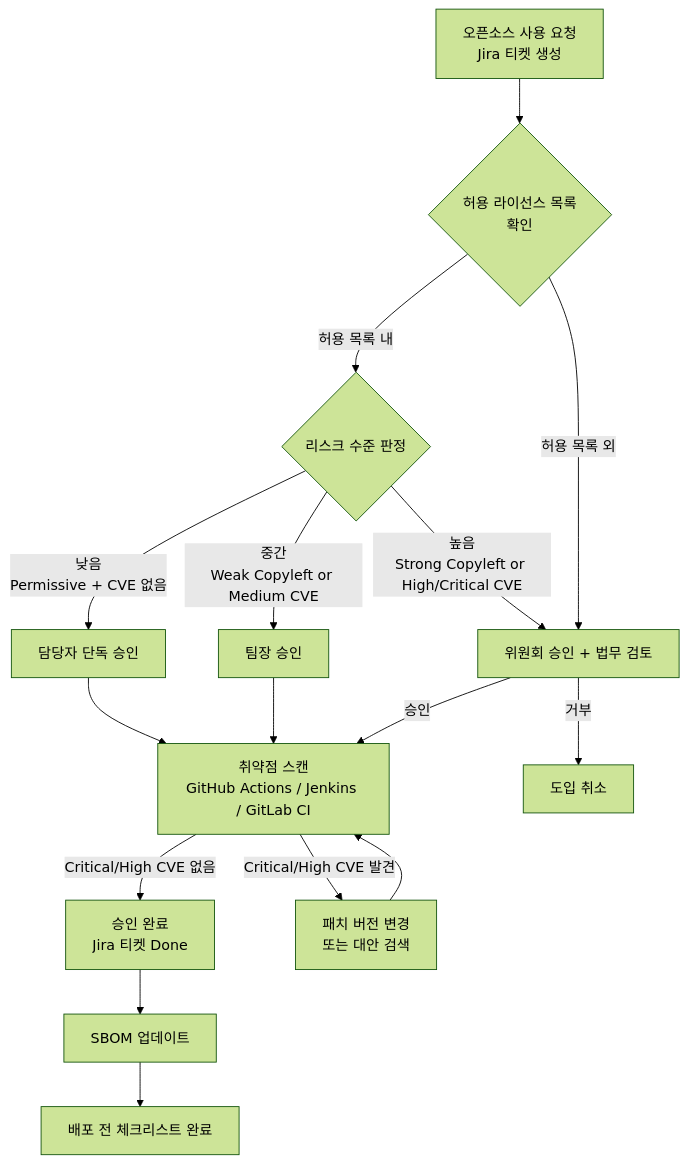
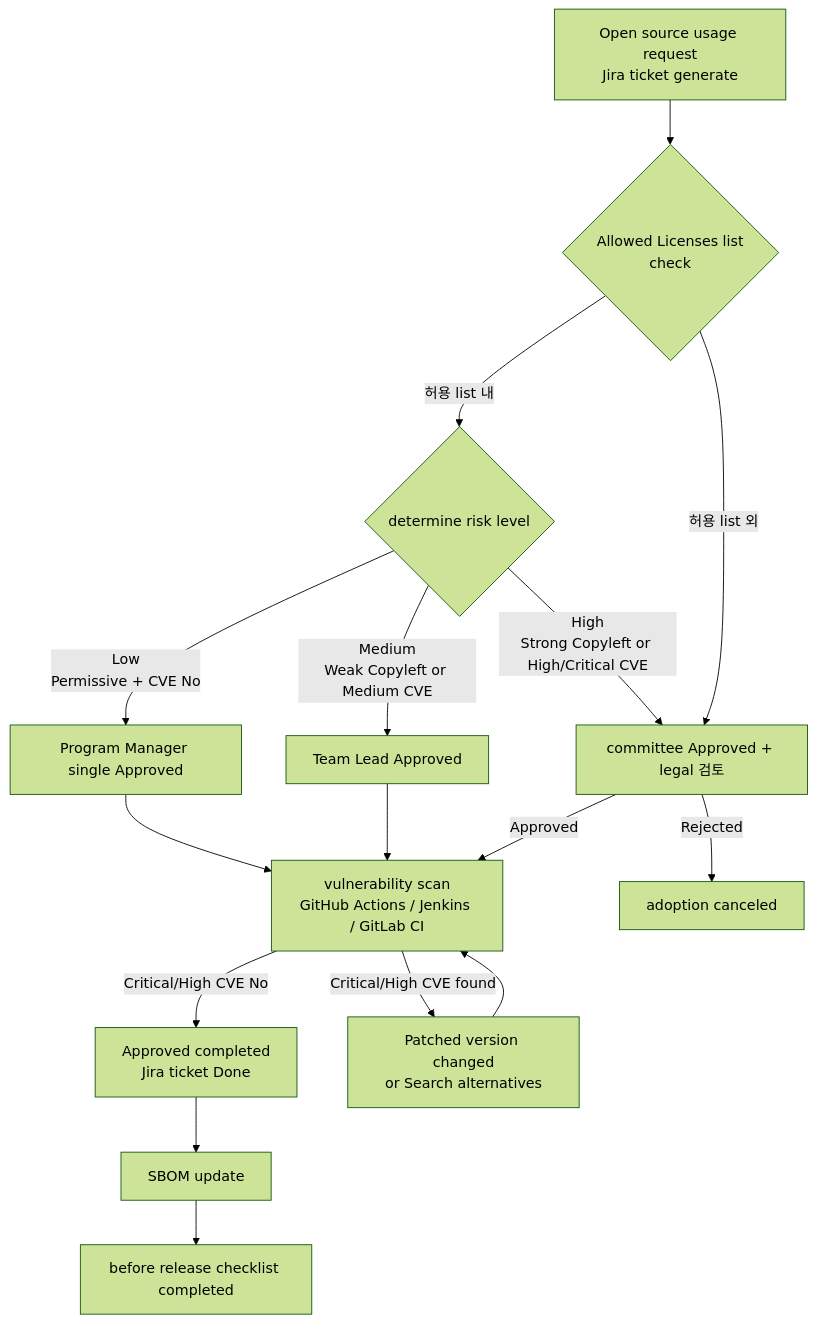
One commit to trustedoss/trustedoss.github.io changed the first of 4 diagrams in website/i18n/en/docusaurus-plugin-content-docs-reference/current/samples/process.md. Above: the diagram before and after it, drawn with Mermaid (forest theme). The commit also changed other lines of this file and 55 other files, not shown here.

````diff
--- a/website/i18n/en/docusaurus-plugin-content-docs-reference/current/samples/process.md
+++ b/website/i18n/en/docusaurus-plugin-content-docs-reference/current/samples/process.md
@@ -529,18 +529,18 @@
 ```mermaid
 graph TD
-    A[오픈소스 사용 요청\nJira 티켓 생성] --> B{허용 라이선스 목록\n확인}
-    B -->|허용 목록 내| C{리스크 수준 판정}
-    B -->|허용 목록 외| D[위원회 승인 + 법무 검토]
-    C -->|낮음\nPermissive + CVE 없음| E[담당자 단독 승인]
-    C -->|중간\nWeak Copyleft or Medium CVE| F[팀장 승인]
-    C -->|높음\nStrong Copyleft or High/Critical CVE| D
-    D -->|승인| G[취약점 스캔\nGitHub Actions / Jenkins / GitLab CI]
+    A[Open source usage request\nJira ticket generate] --> B{Allowed Licenses list\ncheck}
+    B -->|허용 list 내| C{determine risk level}
+    B -->|허용 list 외| D[committee Approved + legal 검토]
+    C -->|Low\nPermissive + CVE No| E[Program Manager single Approved]
+    C -->|Medium\nWeak Copyleft or Medium CVE| F[Team Lead Approved]
+    C -->|High\nStrong Copyleft or High/Critical CVE| D
+    D -->|Approved| G[vulnerability scan\nGitHub Actions / Jenkins / GitLab CI]
     E --> G
     F --> G
-    G -->|Critical/High CVE 없음| H[승인 완료\nJira 티켓 Done]
-    G -->|Critical/High CVE 발견| I[패치 버전 변경\n또는 대안 검색]
+    G -->|Critical/High CVE No| H[Approved completed\nJira ticket Done]
+    G -->|Critical/High CVE found| I[Patched version changed\nor Search alternatives]
     I --> G
-    D -->|거부| J[도입 취소]
-    H --> K[SBOM 업데이트]
-    K --> L[배포 전 체크리스트 완료]
+    D -->|Rejected| J[adoption canceled]
+    H --> K[SBOM update]
+    K --> L[before release checklist completed]
 ```
````
